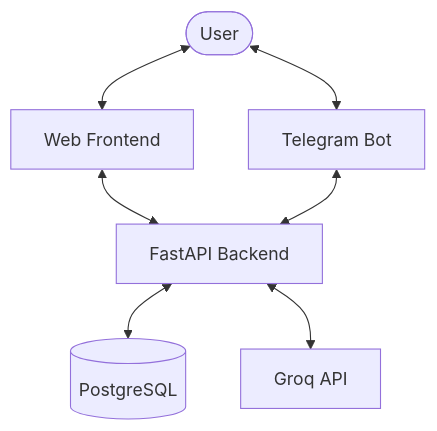
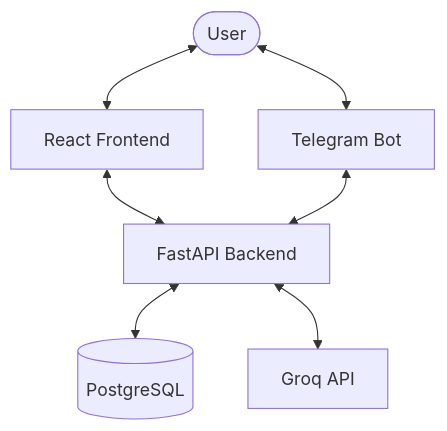
One commit to Anshchauhanhub/Axiom changed the diagram in project_architecture.md. Above: the diagram before and after it, drawn with Mermaid. The commit also changed other lines of this file and 1 other file, not shown here.

````diff
--- a/project_architecture.md
+++ b/project_architecture.md
@@ -11,9 +11,9 @@
 ```mermaid
 graph TD
-    User([User]) <--> Frontend[Web Frontend]
+    User([User]) <--> Frontend[React Frontend]
     User <--> Bot[Telegram Bot]
     Frontend <--> Backend[FastAPI Backend]
     Bot <--> Backend
     Backend <--> DB[(PostgreSQL)]
     Backend <--> LLM[Groq API]
 ```
````
